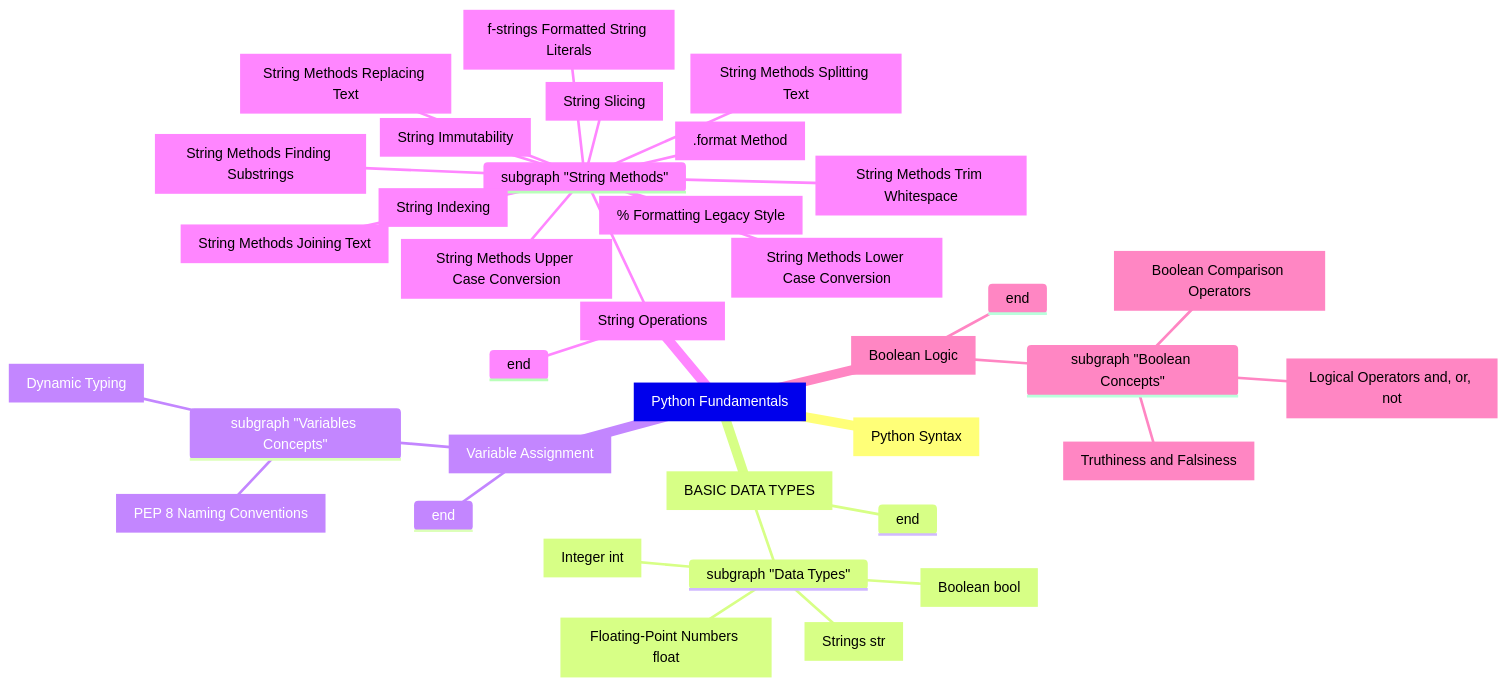
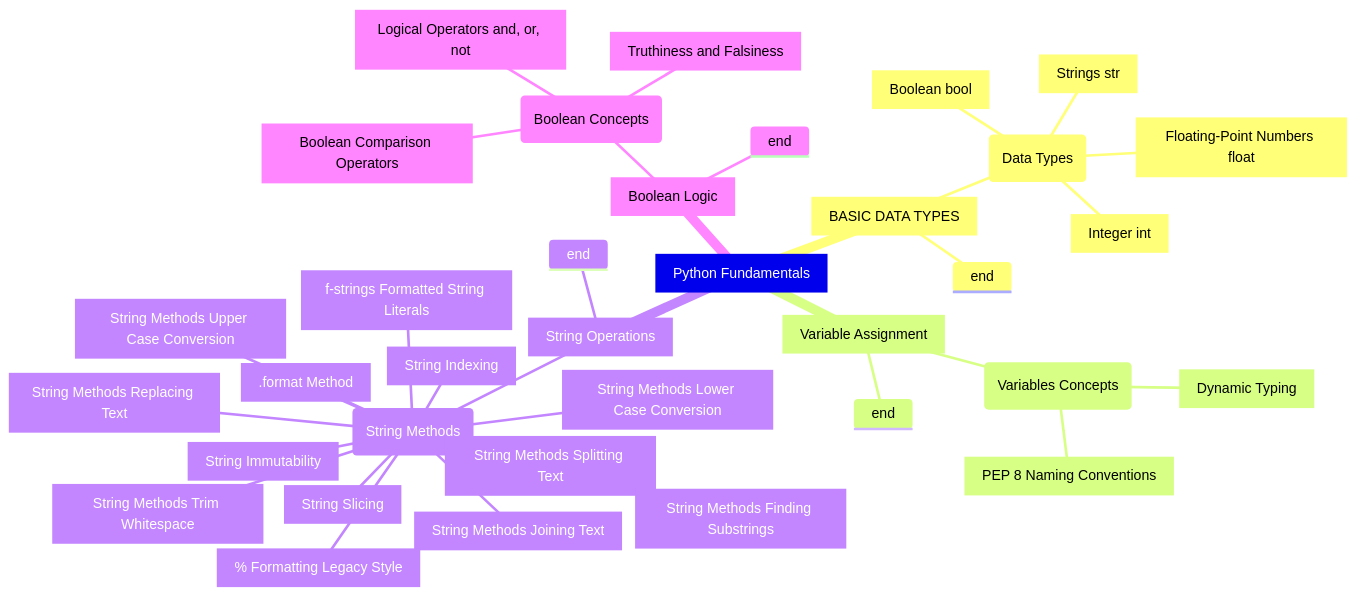
Before and after one commit to NikhilVijayakumar/medha_data: the diagram in data/vnit/s1/ProgrammingForDataScience/midterm/mindmaps/1_python_basics/1_python_basics_keywords.md, drawn with Mermaid. The commit also changed 47 other files, not shown here.

````diff
--- a/data/vnit/s1/ProgrammingForDataScience/midterm/mindmaps/1_python_basics/1_python_basics_keywords.md
+++ b/data/vnit/s1/ProgrammingForDataScience/midterm/mindmaps/1_python_basics/1_python_basics_keywords.md
@@ -1,39 +1,38 @@
 ```mermaid
 mindmap
-    python_root[Python Fundamentals]
-        mod_syntax[Python Syntax]
+    python_root[Python Fundamentals]        
         mod_data_types[BASIC DATA TYPES]
-            subgraph "Data Types"
+            subgraph (Data Types)
                 concept_int[Integer int]
                 concept_float[Floating-Point Numbers float]
                 concept_str[Strings str]
                 concept_bool[Boolean bool]
             end
         mod_variables[Variable Assignment]
-            subgraph "Variables Concepts"
+            subgraph (Variables Concepts)
                 concept_dynamic_typing[Dynamic Typing]
                 concept_pep8[PEP 8 Naming Conventions]
             end
         mod_strings[String Operations]
-            subgraph "String Methods"
+            subgraph (String Methods)
                 subtopic_indexing[String Indexing]
                 subtopic_slicing[String Slicing]
                 subtopic_immutable[String Immutability]
                 subtopic_upper[String Methods Upper Case Conversion]
                 subtopic_lower[String Methods Lower Case Conversion]
                 subtopic_trim[String Methods Trim Whitespace]
                 subtopic_split[String Methods Splitting Text]
                 subtopic_join[String Methods Joining Text]
                 subtopic_find[String Methods Finding Substrings]
                 subtopic_replace[String Methods Replacing Text]
                 subtopic_fstrings[f-strings Formatted String Literals]
                 subtopic_format[.format Method]
                 subtopic_percent[% Formatting Legacy Style]
             end
         mod_booleans[Boolean Logic]
-            subgraph "Boolean Concepts"
+            subgraph (Boolean Concepts)
                 concept_bool_ops[Boolean Comparison Operators]
                 concept_logical_ops[Logical Operators and, or, not]
                 concept_truthiness[Truthiness and Falsiness]
             end
 ```
````
